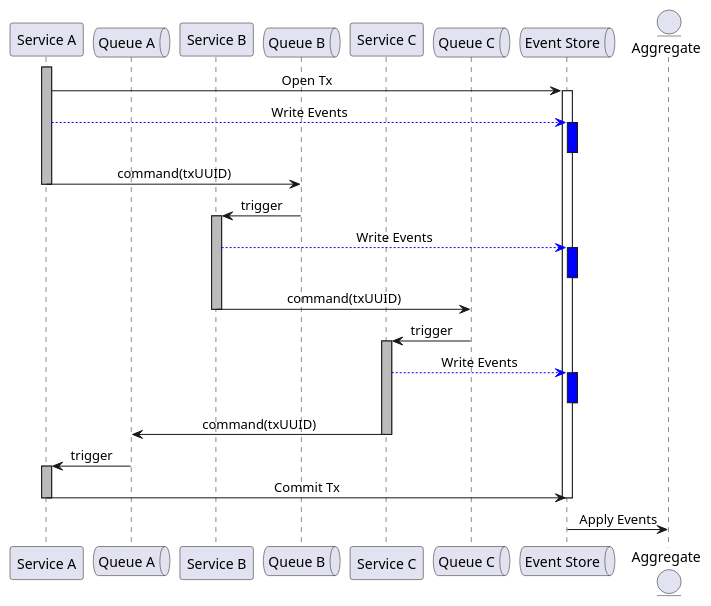
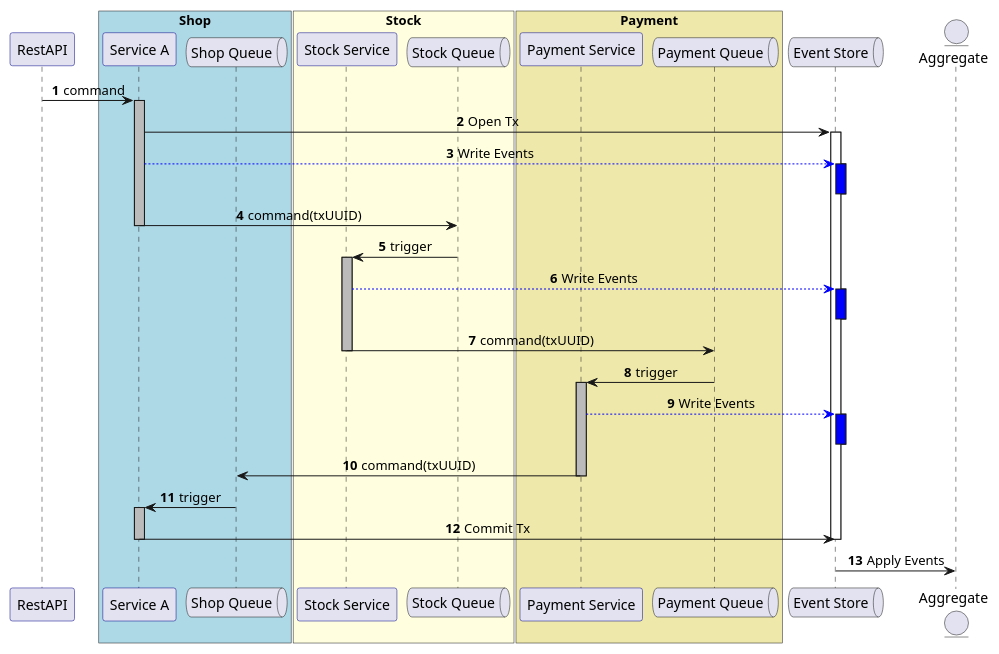
The diagram in docs/_docs/use-cases/distributed-tx.puml (cheleb/zio-pravega), drawn with PlantUML before and after one commit.

Commit message:
docs: enhance distributed transaction diagram with additional participants and queues

```diff
--- a/docs/_docs/use-cases/distributed-tx.puml
+++ b/docs/_docs/use-cases/distributed-tx.puml
@@ -1,49 +1,68 @@
 @startuml "distributed-tx"
+
+autonumber
+
+skinparam sequence{
+  ParticipantBorderColor DarkBlue
+  QueueBorderColor DarkBlue
+}
+
+
 skinparam sequenceMessageAlign center
 
+participant "RestAPI" as Rest
+
+box "Shop" #LightBlue
 participant "Service A" as A
-queue "Queue A" as QueueA
-participant "Service B" as B
-queue "Queue B" as QueueB
-participant "Service C" as C
-queue "Queue C" as QueueC
+queue "Shop Queue" as QueueA
+end box
+Box "Stock" #LightYellow
+participant "Stock Service" as B
+queue "Stock Queue" as QueueB
+end box
+Box "Payment" #PaleGoldenRod
+participant "Payment Service" as C
+queue "Payment Queue" as QueueC
+end box
 queue "Event Store" as EventStore
 
 Entity "Aggregate" as Aggregate
 
+
+Rest -> A : command
 activate A #BBBBBB
 A -> EventStore  : Open Tx
 activate EventStore
 A -[#0000FF]-> EventStore  : Write Events
 activate EventStore #0000FF
 deactivate EventStore
 A -> QueueB  : command(txUUID)
 deactivate A
 
 B <- QueueB  : trigger
 activate B #BBBBBB
 B -[#0000FF]-> EventStore : Write Events
 activate EventStore #0000FF
 deactivate EventStore
 
 B -> QueueC  : command(txUUID)
 deactivate B
 C <- QueueC  : trigger
 activate C #BBBBBB
 C -[#0000FF]-> EventStore : Write Events
 
 activate EventStore #0000FF
 deactivate EventStore
 C -> QueueA  : command(txUUID)
 deactivate C
 A <- QueueA  : trigger
 activate A #BBBBBB
 A -> EventStore : Commit Tx
 
 deactivate EventStore
 deactivate A
 
 EventStore -> Aggregate : Apply Events
 
 
 @enduml
```
